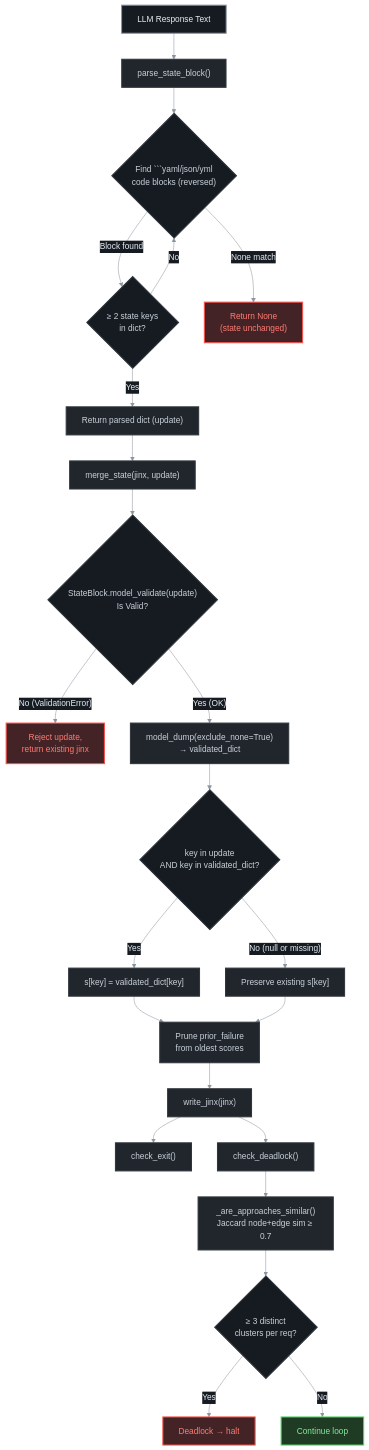
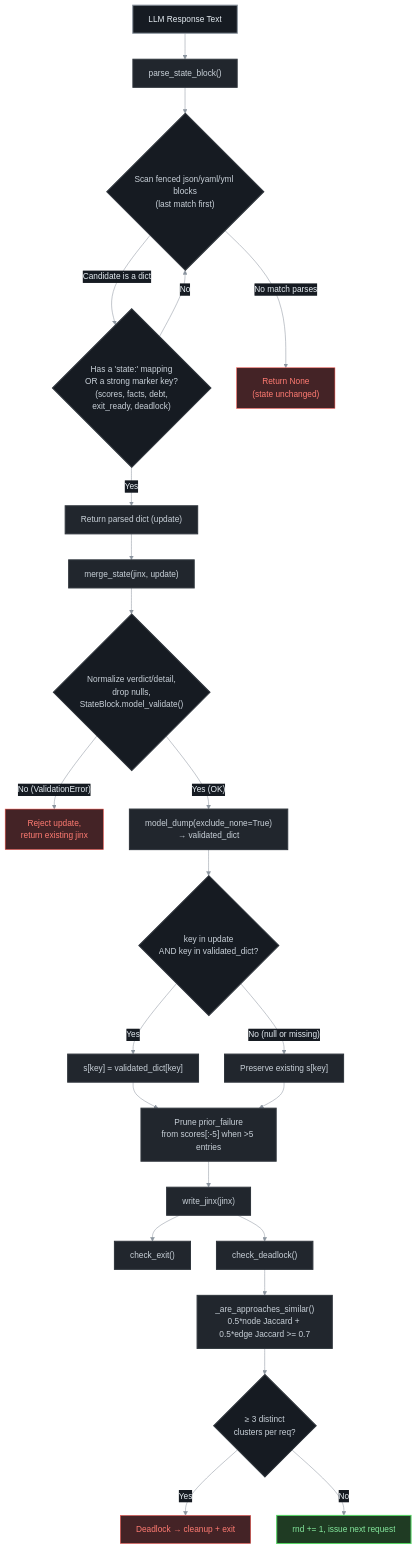
One commit to apxgpt/agent changed the third of 5 diagrams in README.md. Above: the diagram before and after it, drawn with Mermaid. The commit also changed other lines of this file and 24 other files, not shown here.

````diff
--- a/README.md
+++ b/README.md
@@ -226,34 +317,34 @@
 ```mermaid
 %%{init: {'theme': 'base', 'themeVariables': {"darkMode": true, "background": "#0d1117", "primaryColor": "#21262d", "primaryTextColor": "#e6edf3", "primaryBorderColor": "#8b949e", "lineColor": "#8b949e", "textColor": "#e6edf3", "edgeLabelBackground": "#161b22", "mainBkg": "#21262d", "nodeBorder": "#8b949e", "nodeTextColor": "#e6edf3"}}}%%
 flowchart TD
     classDef start fill:#161b22,stroke:#8b949e,stroke-width:2px,color:#e6edf3;
     classDef process fill:#21262d,stroke:#30363d,stroke-width:2px,color:#c9d1d9;
     classDef decision fill:#161b22,stroke:#30363d,stroke-width:2px,color:#c9d1d9;
     classDef success fill:#1f3b23,stroke:#56d364,stroke-width:2px,color:#85e89d;
-    classDef danger fill:#442326,stroke:#f85149,stroke-width:2px,color:#ff7b72;
+    classDef danger fill:#442326,stroke:#f85149,color:#ff7b72;
 
     A["LLM Response Text"]:::start --> B["parse_state_block()"]:::process
-    B --> C{"Find ```yaml/json/yml<br/>code blocks (reversed)"}:::decision
-    C -->|"Block found"| D{"≥ 2 state keys<br/>in dict?"}:::decision
+    B --> C{"Scan fenced json/yaml/yml blocks<br/>(last match first)"}:::decision
+    C -->|"Candidate is a dict"| D{"Has a 'state:' mapping<br/>OR a strong marker key?<br/>(scores, facts, debt,<br/>exit_ready, deadlock)"}:::decision
     D -->|"Yes"| E["Return parsed dict (update)"]:::process
     D -->|"No"| C
-    C -->|"None match"| F["Return None<br/>(state unchanged)"]:::danger
+    C -->|"No match parses"| F["Return None<br/>(state unchanged)"]:::danger
 
     E --> G["merge_state(jinx, update)"]:::process
-    G --> H{"StateBlock.model_validate(update)<br/>Is Valid?"}:::decision
+    G --> H{"Normalize verdict/detail,<br/>drop nulls,<br/>StateBlock.model_validate()"}:::decision
     H -->|"No (ValidationError)"| I["Reject update,<br/>return existing jinx"]:::danger
     H -->|"Yes (OK)"| J["model_dump(exclude_none=True)<br/>→ validated_dict"]:::process
     J --> K{"key in update<br/>AND key in validated_dict?"}:::decision
     K -->|"Yes"| L["s[key] = validated_dict[key]"]:::process
     K -->|"No (null or missing)"| M["Preserve existing s[key]"]:::process
-    L --> N["Prune prior_failure<br/>from oldest scores"]:::process
+    L --> N["Prune prior_failure<br/>from scores[:-5] when >5 entries"]:::process
     M --> N
     N --> O["write_jinx(jinx)"]:::process
 
     O --> P["check_exit()"]:::process
     O --> Q["check_deadlock()"]:::process
-    Q --> R["_are_approaches_similar()<br/>Jaccard node+edge sim ≥ 0.7"]:::process
+    Q --> R["_are_approaches_similar()<br/>0.5*node Jaccard + 0.5*edge Jaccard >= 0.7"]:::process
     R --> S{"≥ 3 distinct<br/>clusters per req?"}:::decision
-    S -->|"Yes"| T["Deadlock → halt"]:::danger
-    S -->|"No"| U["Continue loop"]:::success
+    S -->|"Yes"| T["Deadlock → cleanup + exit"]:::danger
+    S -->|"No"| U["rnd += 1, issue next request"]:::success
 ```
````
